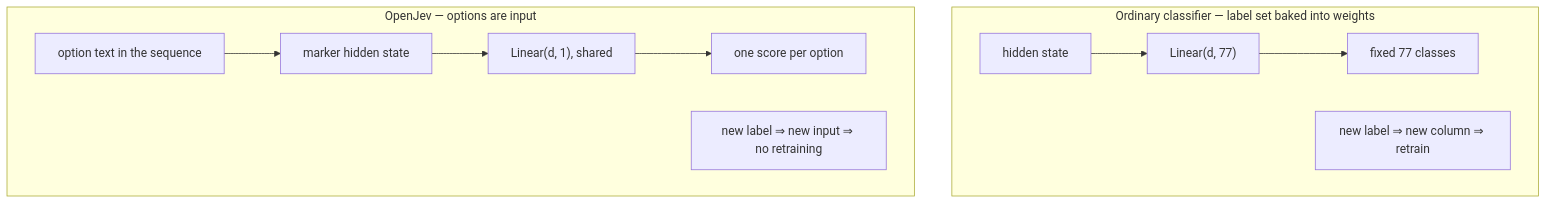
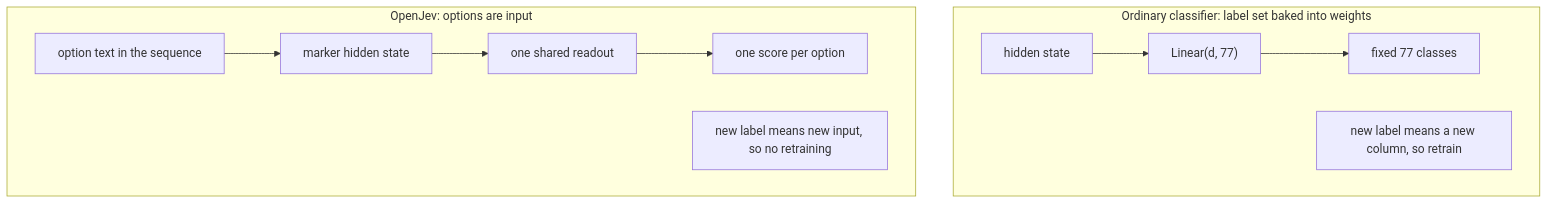
The second of 4 diagrams in docs/architecture.md (S1LV3RJ1NX/openjev), drawn with Mermaid before and after one commit. The commit also changed other lines of this file and 33 other files, not shown here.

````diff
--- a/docs/architecture.md
+++ b/docs/architecture.md
@@ -29,12 +56,12 @@
 ```mermaid
 flowchart TB
-    subgraph bad ["Ordinary classifier — label set baked into weights"]
+    subgraph bad ["Ordinary classifier: label set baked into weights"]
         A1[hidden state] --> A2["Linear(d, 77)"] --> A3["fixed 77 classes"]
-        A4["new label ⇒ new column ⇒ retrain"]
+        A4["new label means a new column, so retrain"]
     end
-    subgraph good ["OpenJev — options are input"]
+    subgraph good ["OpenJev: options are input"]
         B1["option text in the sequence"] --> B2["marker hidden state"]
-        B2 --> B3["Linear(d, 1), shared"] --> B4["one score per option"]
-        B5["new label ⇒ new input ⇒ no retraining"]
+        B2 --> B3["one shared readout"] --> B4["one score per option"]
+        B5["new label means new input, so no retraining"]
     end
 ```
````
